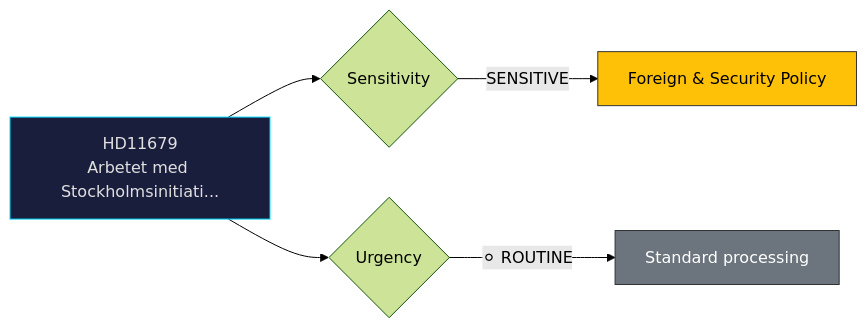
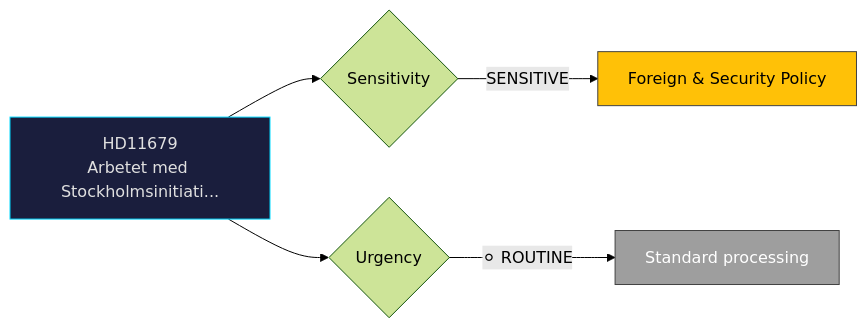
Before and after one commit to Hack23/riksdagsmonitor: the diagram in analysis/daily/2026-04-06/realtime-1420/documents/hd11679-analysis.md, drawn with Mermaid (forest theme). The commit also changed 785 other files, not shown here.

First line of the commit message:
Normalize mermaid colors across 786 analysis artifacts to ISMS Style Guide palette

````diff
--- a/analysis/daily/2026-04-06/realtime-1420/documents/hd11679-analysis.md
+++ b/analysis/daily/2026-04-06/realtime-1420/documents/hd11679-analysis.md
@@ -24,12 +24,12 @@
 ```mermaid
 graph LR
     A["HD11679<br/>Arbetet med Stockholmsinitiati..."] --> B{Sensitivity}
     B -->|"SENSITIVE"| D["Foreign & Security Policy"]
 
     A --> I{Urgency}
     I -->|"⚪ ROUTINE"| M["Standard processing"]
 
     style A fill:#1a1e3d,stroke:#00d9ff,color:#e0e0e0
-    style D fill:#ffc107,stroke:#333,color:#000
-    style M fill:#6c757d,stroke:#333,color:#fff
+    style D fill:#FFC107,stroke:#424242,color:#000000
+    style M fill:#9E9E9E,stroke:#424242,color:#FFFFFF
 ```
````
